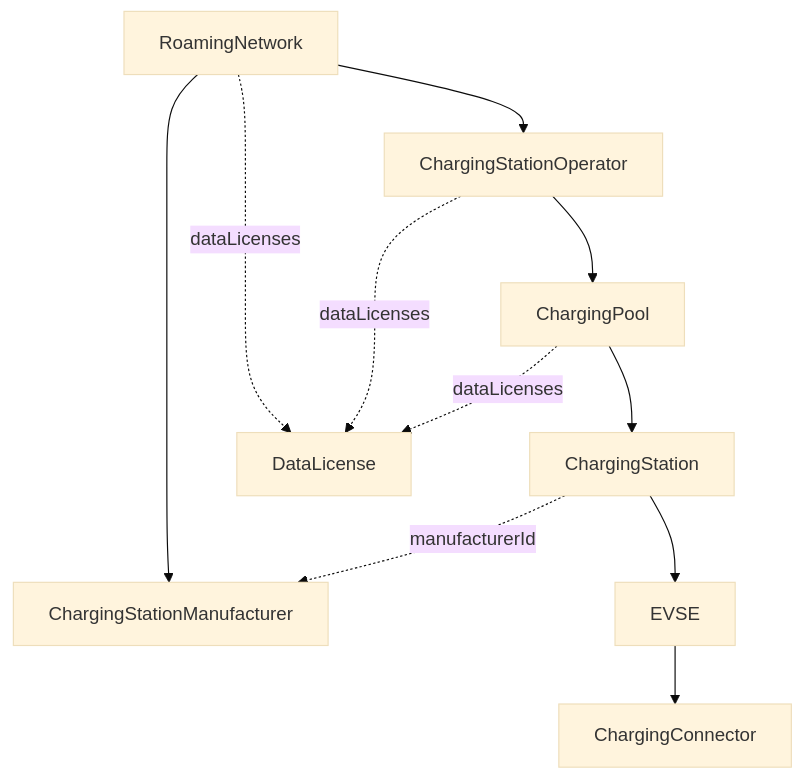
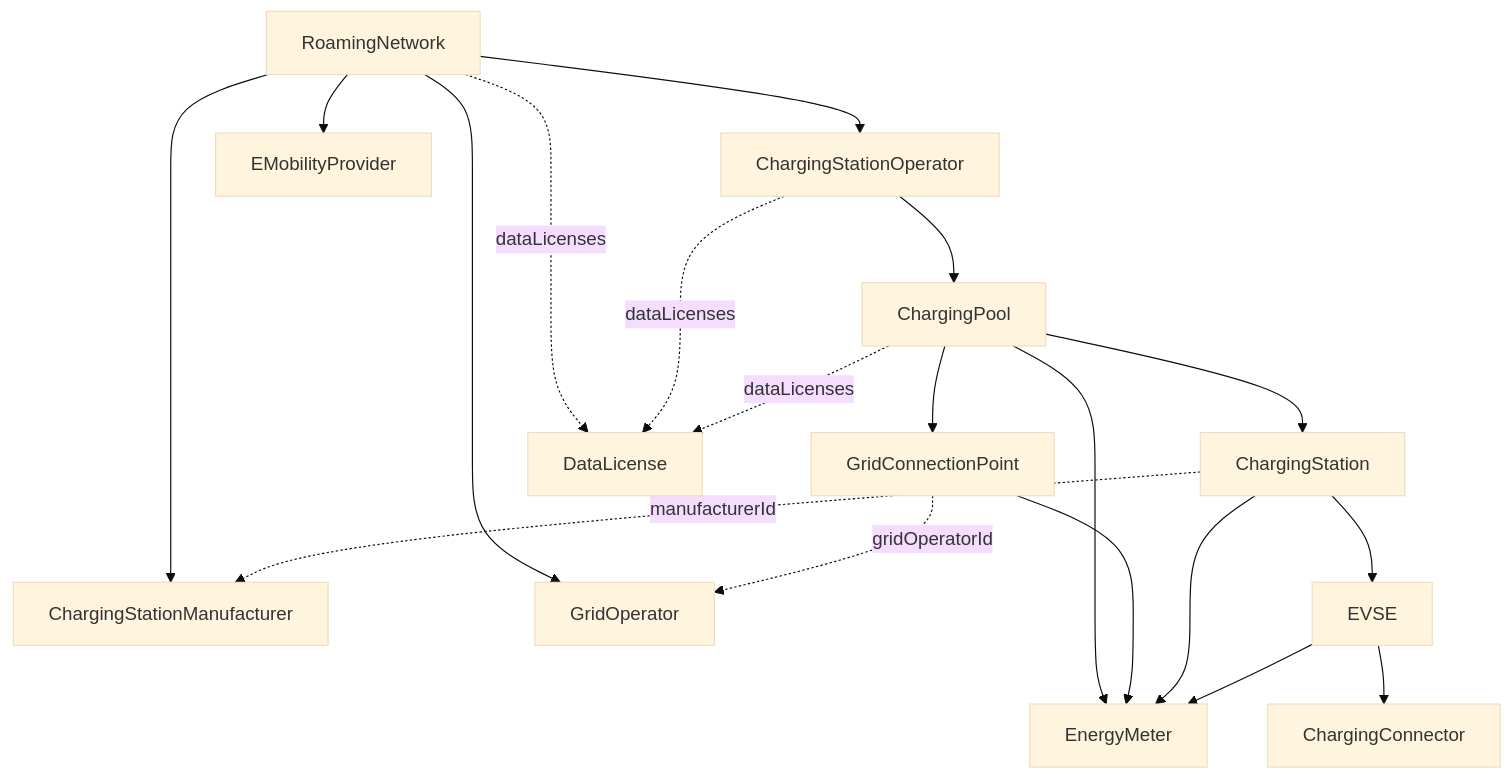
One commit to OpenChargingCloud/WWCP_POI changed the diagram in README.md. Above: the diagram before and after it, drawn with Mermaid (base theme). The commit also changed other lines of this file and 17 other files, not shown here.

First line of the commit message:
POI3 e-mobility providers, grid operators, grid connection points and energy meters

````diff
--- a/README.md
+++ b/README.md
@@ -14,13 +24,21 @@
 ```mermaid
 flowchart TD
     RoamingNetwork --> ChargingStationOperator
     RoamingNetwork --> ChargingStationManufacturer
+    RoamingNetwork --> EMobilityProvider
+    RoamingNetwork --> GridOperator
     ChargingStationOperator --> ChargingPool
     ChargingPool --> ChargingStation
+    ChargingPool --> GridConnectionPoint
     ChargingStation --> EVSE
     EVSE --> ChargingConnector
+    ChargingPool --> EnergyMeter
+    GridConnectionPoint --> EnergyMeter
+    ChargingStation --> EnergyMeter
+    EVSE --> EnergyMeter
     ChargingStation -. manufacturerId .-> ChargingStationManufacturer
+    GridConnectionPoint -. gridOperatorId .-> GridOperator
     RoamingNetwork -. dataLicenses .-> DataLicense
     ChargingStationOperator -. dataLicenses .-> DataLicense
     ChargingPool -. dataLicenses .-> DataLicense
 ```
````
